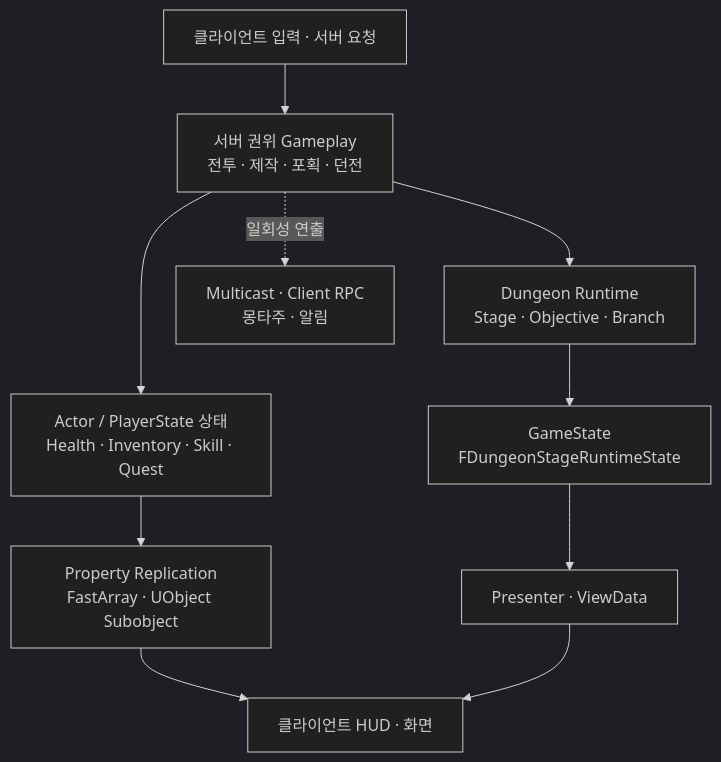
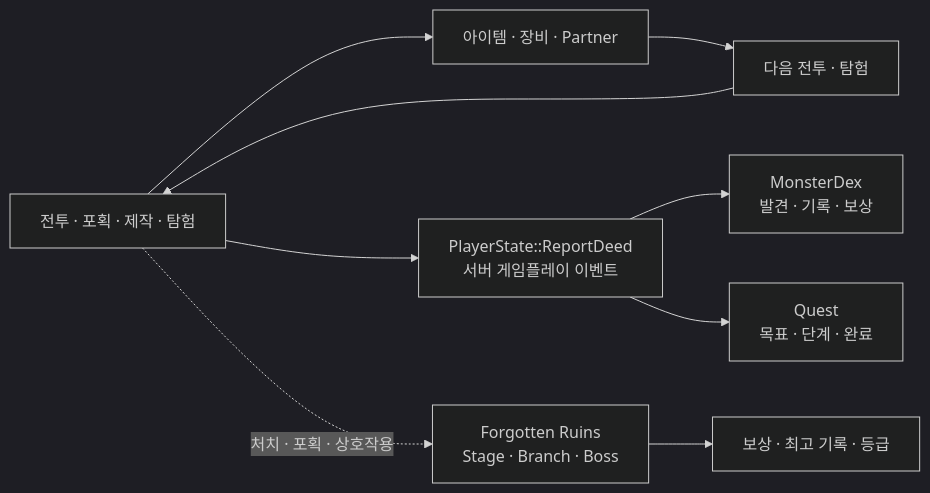
Before and after one commit to chungheonLee0325/Sonheim: the diagram in Doc/Wiki/01_Project_Overview.md, drawn with Mermaid (dark theme). The commit also changed other lines of this file, not shown here.

Commit message:
docs: showcase MonsterDex Quest and UMG v2 in project overview

```diff
--- a/Doc/Wiki/01_Project_Overview.md
+++ b/Doc/Wiki/01_Project_Overview.md
@@ -97,12 +19,11 @@
 ~~~mermaid
-flowchart TB
-    REQUEST["클라이언트 입력 · 서버 요청"] --> SERVER["서버 권위 Gameplay<br/>전투 · 제작 · 포획 · 던전"]
-    SERVER --> COMPONENT["Actor / PlayerState 상태<br/>Health · Inventory · Skill · Quest"]
-    SERVER --> RUN["Dungeon Runtime<br/>Stage · Objective · Branch"]
-    COMPONENT --> REPLICATION["Property Replication<br/>FastArray · UObject Subobject"]
-    RUN --> SNAPSHOT["GameState<br/>FDungeonStageRuntimeState"]
-    REPLICATION --> UI["클라이언트 HUD · 화면"]
-    SNAPSHOT --> PRESENTER["Presenter · ViewData"]
-    PRESENTER --> UI
-    SERVER -. "일회성 연출" .-> EFFECT["Multicast · Client RPC<br/>몽타주 · 알림"]
+flowchart LR
+    ACTION["전투 · 포획 · 제작 · 탐험"] --> BAG["아이템 · 장비 · Partner"]
+    BAG --> PLAY["다음 전투 · 탐험"]
+    PLAY --> ACTION
+    ACTION --> RECORD["PlayerState::ReportDeed<br/>서버 게임플레이 이벤트"]
+    RECORD --> DEX["MonsterDex<br/>발견 · 기록 · 보상"]
+    RECORD --> QUEST["Quest<br/>목표 · 단계 · 완료"]
+    ACTION -. "처치 · 포획 · 상호작용" .-> DUNGEON["Forgotten Ruins<br/>Stage · Branch · Boss"]
+    DUNGEON --> RESULT["보상 · 최고 기록 · 등급"]
 ~~~
```
